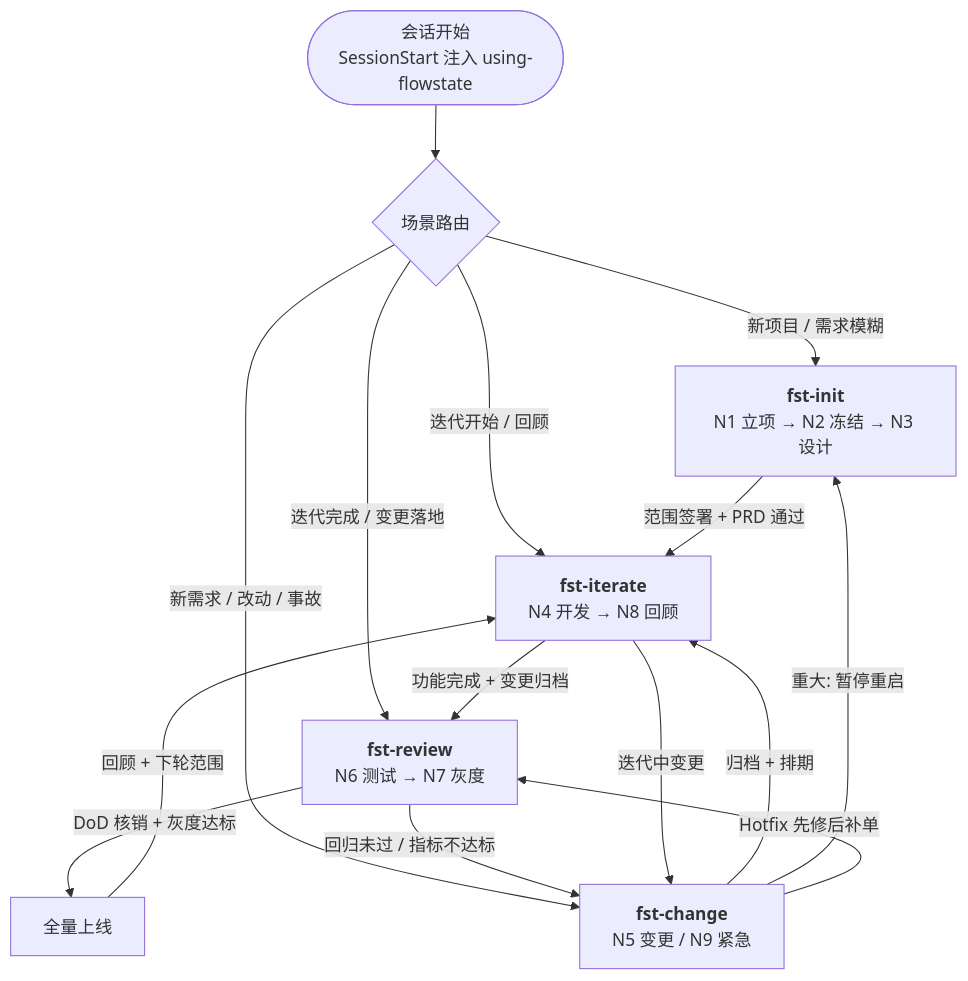
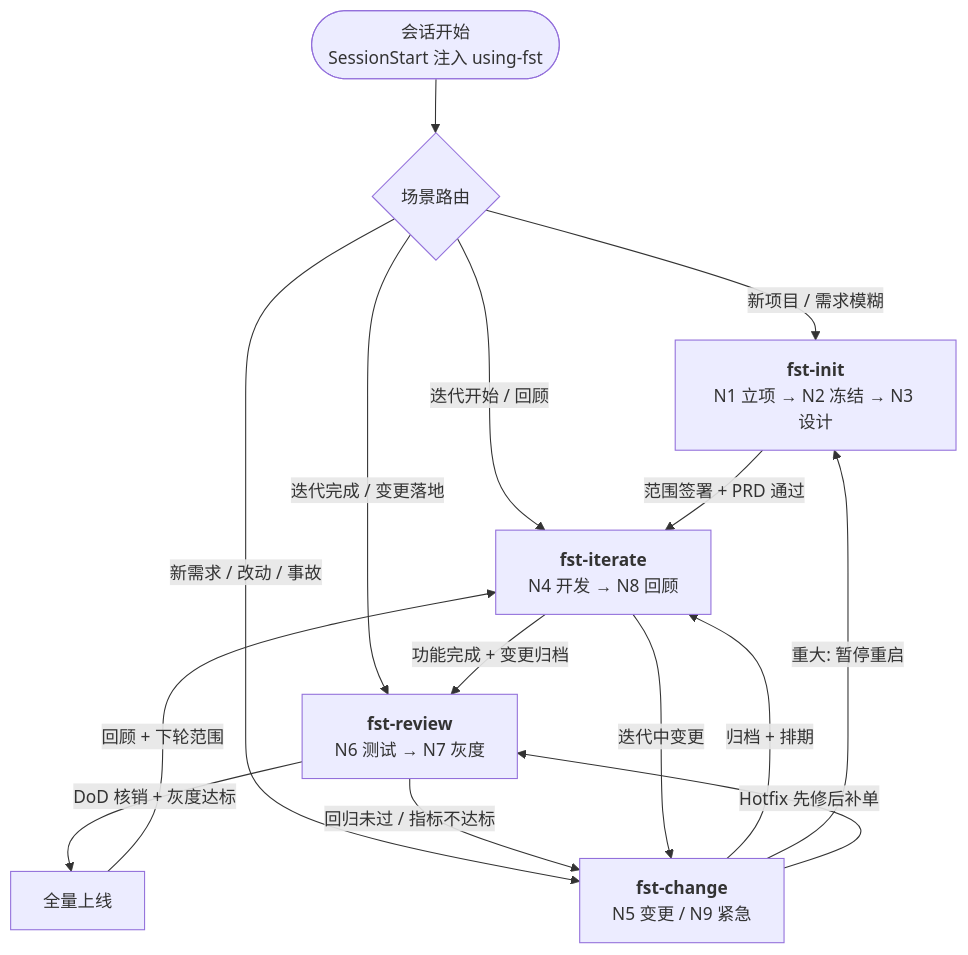
The diagram in flowstate/README.md (morning-start/agent-plugins), drawn with Mermaid before and after one commit. The commit also changed other lines of this file and 17 other files, not shown here.

First line of the commit message:
refactor(skill): 将入口技能重命名为 using-fst 并统一全量引用

````diff
--- a/flowstate/README.md
+++ b/flowstate/README.md
@@ -110,17 +110,17 @@
 ```mermaid
 flowchart TD
-    Start([会话开始<br/>SessionStart 注入 using-flowstate]) --> R{场景路由}
+    Start([会话开始<br/>SessionStart 注入 using-fst]) --> R{场景路由}
     R -->|新项目 / 需求模糊| I[<b>fst-init</b><br/>N1 立项 → N2 冻结 → N3 设计]
     R -->|迭代开始 / 回顾| IT[<b>fst-iterate</b><br/>N4 开发 → N8 回顾]
     R -->|新需求 / 改动 / 事故| C[<b>fst-change</b><br/>N5 变更 / N9 紧急]
     R -->|迭代完成 / 变更落地| RV[<b>fst-review</b><br/>N6 测试 → N7 灰度]
     I -->|范围签署 + PRD 通过| IT
     C -->|归档 + 排期| IT
     C -->|重大: 暂停重启| I
     IT -->|功能完成 + 变更归档| RV
     RV -->|DoD 核销 + 灰度达标| F[全量上线]
     F -->|回顾 + 下轮范围| IT
     RV -->|回归未过 / 指标不达标| C
     IT -->|迭代中变更| C
     C -->|Hotfix 先修后补单| RV
 ```
````
